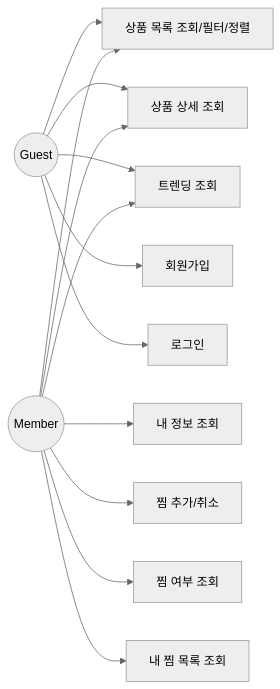
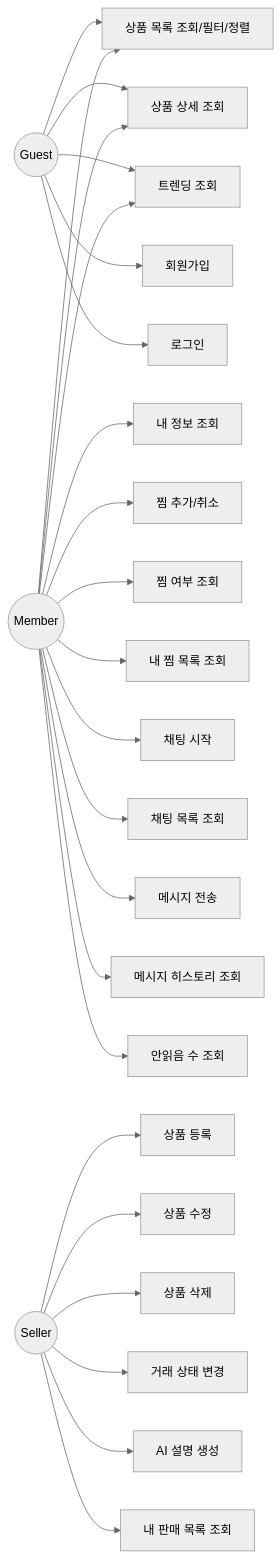
The diagram in architecture/use-cases.md (cherry-market/cherry-architecture), drawn with Mermaid (neutral theme) before and after one commit. The commit also changed 3 other files, not shown here.

First line of the commit message:
docs: Phase 6 채팅 인프라 반영 — 시스템 다이어그램, ERD, 유스케이스 업데이트

````diff
--- a/architecture/use-cases.md
+++ b/architecture/use-cases.md
@@ -3,19 +3,32 @@
 ```mermaid
 flowchart LR
   Guest((Guest))
   Member((Member))
+  Seller((Seller))
 
   Guest --> Browse[상품 목록 조회/필터/정렬]
   Guest --> View[상품 상세 조회]
   Guest --> Trending[트렌딩 조회]
   Guest --> Signup[회원가입]
   Guest --> Login[로그인]
 
   Member --> Browse
   Member --> View
   Member --> Trending
   Member --> Me[내 정보 조회]
   Member --> Like[찜 추가/취소]
   Member --> LikeStatus[찜 여부 조회]
   Member --> LikesList[내 찜 목록 조회]
+  Member --> ChatStart[채팅 시작]
+  Member --> ChatList[채팅 목록 조회]
+  Member --> ChatSend[메시지 전송]
+  Member --> ChatHistory[메시지 히스토리 조회]
+  Member --> ChatUnread[안읽음 수 조회]
+
+  Seller --> ProductCreate[상품 등록]
+  Seller --> ProductEdit[상품 수정]
+  Seller --> ProductDelete[상품 삭제]
+  Seller --> StatusChange[거래 상태 변경]
+  Seller --> AIGenerate[AI 설명 생성]
+  Seller --> MySales[내 판매 목록 조회]
 ```
````
